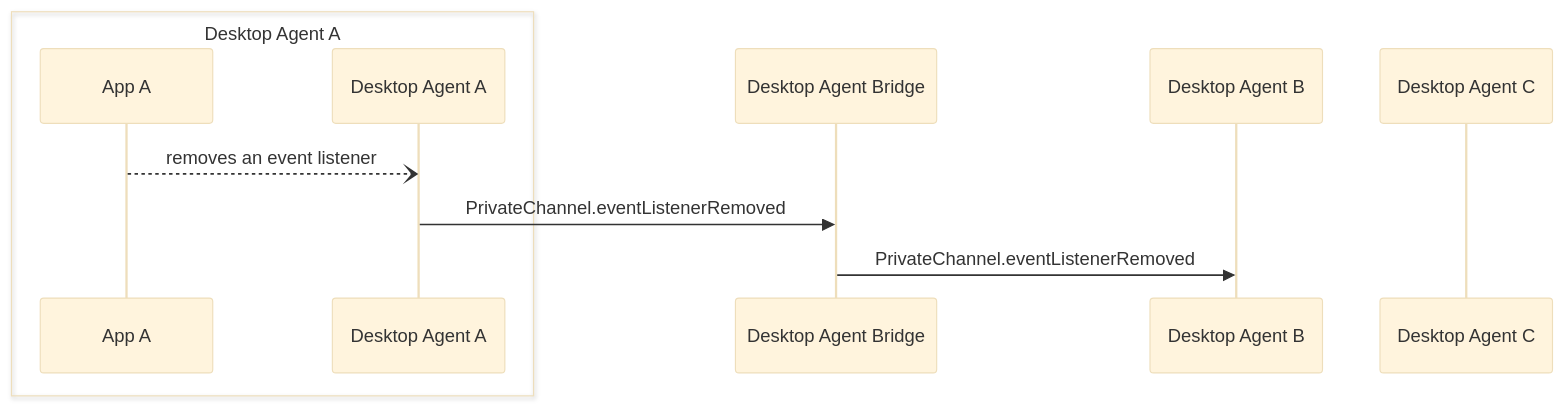
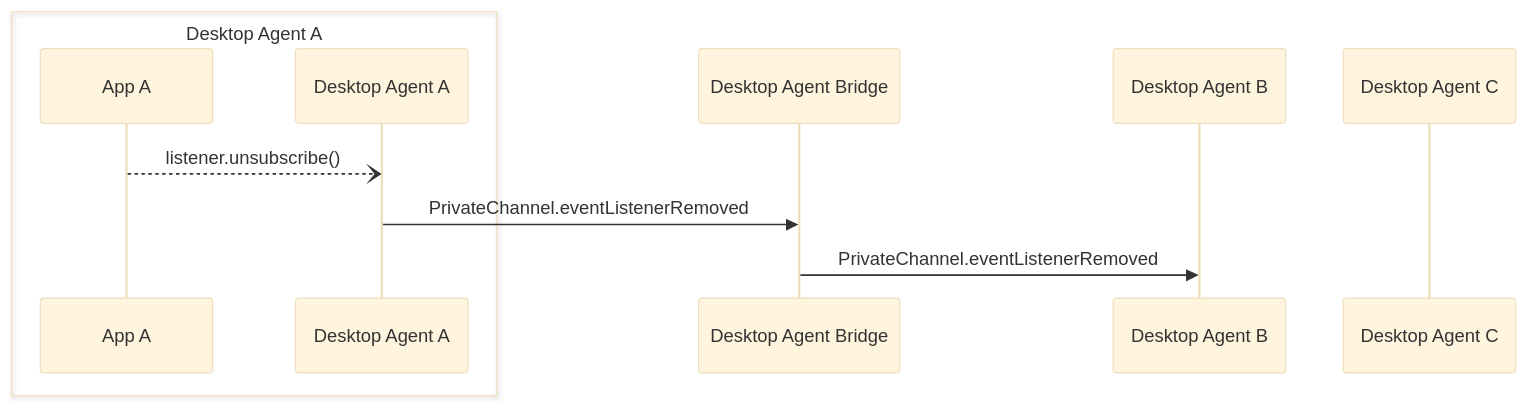
One commit to finos/FDC3 changed the diagram in website/docs/agent-bridging/ref/PrivateChannel.eventListenerRemoved.md. Above: the diagram before and after it, drawn with Mermaid (base theme). The commit also changed other lines of this file and 20 other files, not shown here.

````diff
--- a/website/docs/agent-bridging/ref/PrivateChannel.eventListenerRemoved.md
+++ b/website/docs/agent-bridging/ref/PrivateChannel.eventListenerRemoved.md
@@ -28,13 +25,13 @@
 ```mermaid
 sequenceDiagram
     box Desktop Agent A
     participant AA as App A
     participant DA as Desktop Agent A
     end
     participant DAB as Desktop Agent Bridge
     participant DB as Desktop Agent B
     participant DC as Desktop Agent C
-    AA --) DA: removes an event listener
+    AA --) DA: listener.unsubscribe()
     DA ->> DAB: PrivateChannel.eventListenerRemoved
     DAB ->> DB: PrivateChannel.eventListenerRemoved
 ```
````
